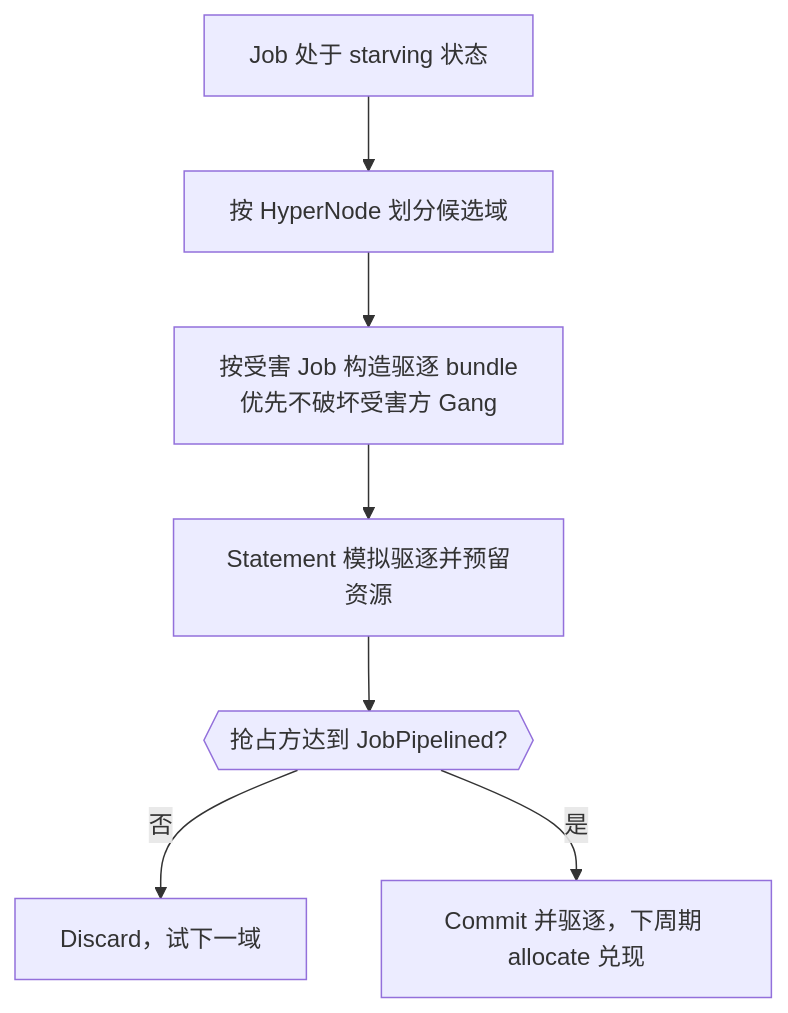
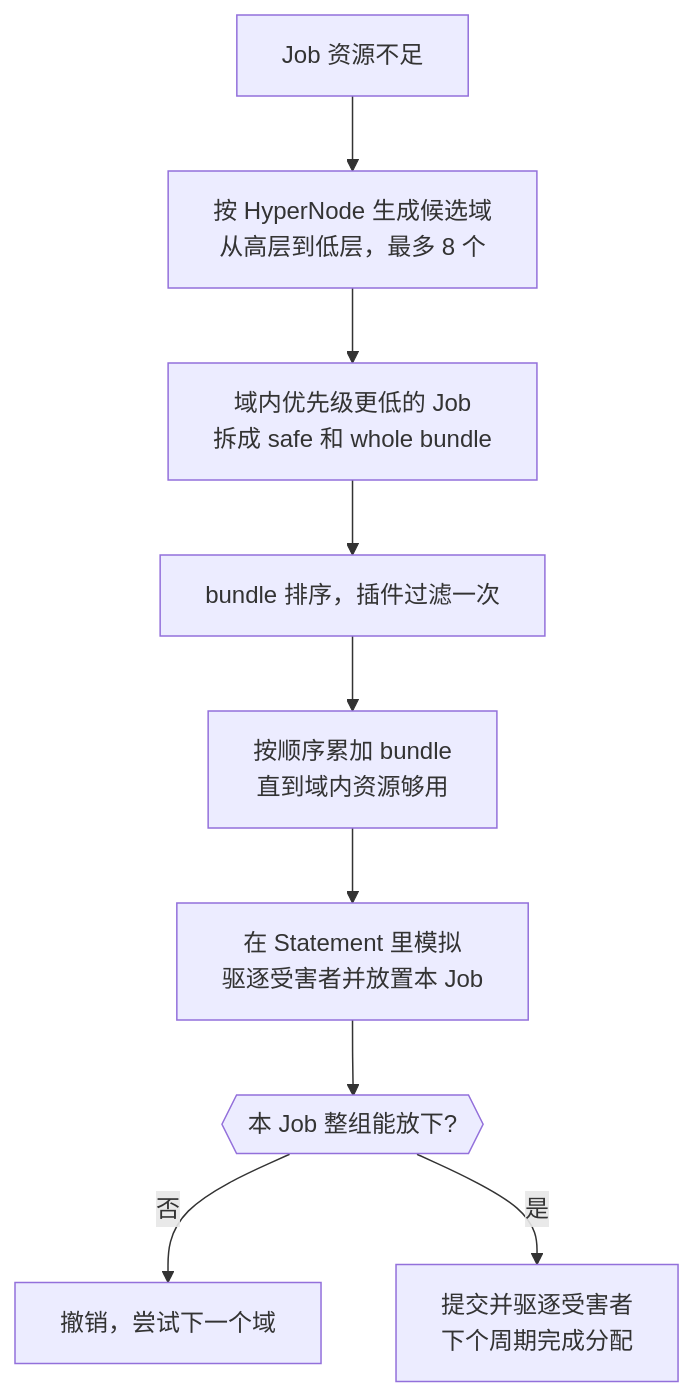
One commit to JesseStutler/volcano changed diagram 11 of 13 in docs/research/k8s-workload-aware-scheduling-vs-volcano-cn.md. Above: the diagram before and after it, drawn with Mermaid. The commit also changed other lines of this file and 1 other file, not shown here.

````diff
--- a/docs/research/k8s-workload-aware-scheduling-vs-volcano-cn.md
+++ b/docs/research/k8s-workload-aware-scheduling-vs-volcano-cn.md
@@ -328,9 +498,11 @@
 ```mermaid
 flowchart TD
-    A["Job 处于 starving 状态"] --> B["按 HyperNode 划分候选域"]
-    B --> C["按受害 Job 构造驱逐 bundle<br/>优先不破坏受害方 Gang"]
-    C --> D["Statement 模拟驱逐并预留资源"]
-    D --> E{{"抢占方达到 JobPipelined?"}}
-    E -- 否 --> F["Discard，试下一域"]
-    E -- 是 --> G["Commit 并驱逐，下周期 allocate 兑现"]
+    A["Job 资源不足"] --> B["按 HyperNode 生成候选域<br/>从高层到低层，最多 8 个"]
+    B --> C["域内优先级更低的 Job<br/>拆成 safe 和 whole bundle"]
+    C --> D["bundle 排序，插件过滤一次"]
+    D --> E["按顺序累加 bundle<br/>直到域内资源够用"]
+    E --> F["在 Statement 里模拟<br/>驱逐受害者并放置本 Job"]
+    F --> G{{"本 Job 整组能放下?"}}
+    G -- 否 --> H["撤销，尝试下一个域"]
+    G -- 是 --> I["提交并驱逐受害者<br/>下个周期完成分配"]
 ```
````
